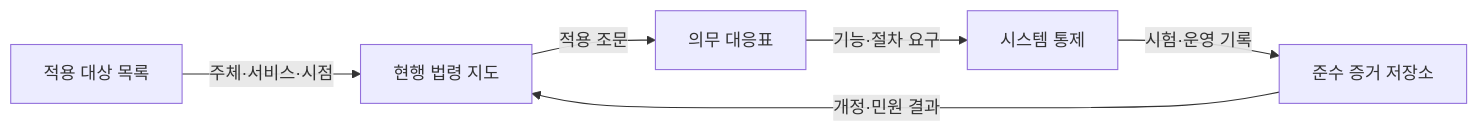
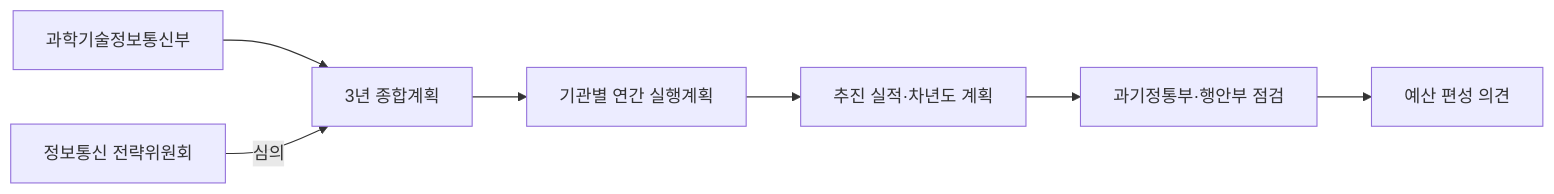
The first of 2 diagrams in src/content/docs/notes/03-software/226_intelligent_informatization_framework_act.md (agnusdei1207/knowledge-base), drawn with Mermaid before and after one commit. The commit also changed other lines of this file and 1 other file, not shown here.

````diff
--- a/src/content/docs/notes/03-software/226_intelligent_informatization_framework_act.md
+++ b/src/content/docs/notes/03-software/226_intelligent_informatization_framework_act.md
@@ -55,8 +52,9 @@
 ```mermaid
 flowchart LR
-    A["적용 대상 목록"] -->|주체·서비스·시점| B["현행 법령 지도"]
-    B -->|적용 조문| C["의무 대응표"]
-    C -->|기능·절차 요구| D["시스템 통제"]
-    D -->|시험·운영 기록| E["준수 증거 저장소"]
-    E -->|개정·민원 결과| B
+    M["과학기술정보통신부"] --> P["3년 종합계획"]
+    S["정보통신 전략위원회"] -->|심의| P
+    P --> E["기관별 연간 실행계획"]
+    E --> R["추진 실적·차년도 계획"]
+    R --> A["과기정통부·행안부 점검"]
+    A --> B["예산 편성 의견"]
 ```
````
